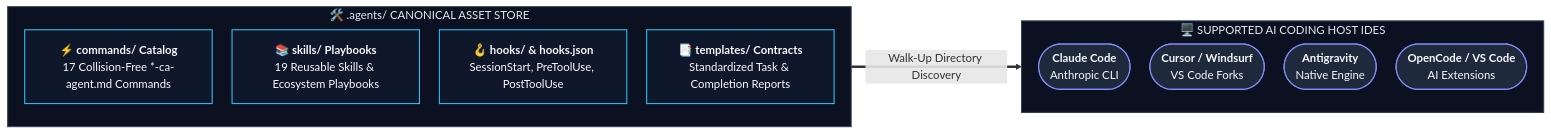
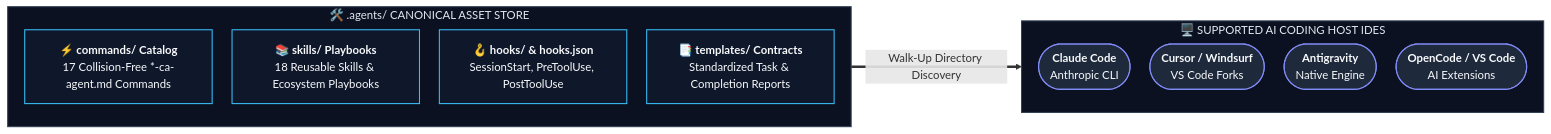
The first of 2 diagrams in SDD-Vibe-Framework/.agents/README.md (ChandanAY-24/Agentic-Development-ChandanAY), drawn with Mermaid before and after one commit. The commit also changed other lines of this file and 13 other files, not shown here.

````diff
--- a/SDD-Vibe-Framework/.agents/README.md
+++ b/SDD-Vibe-Framework/.agents/README.md
@@ -28,35 +28,35 @@
 ```mermaid
 %%{init: {'flowchart': {'curve': 'basis', 'padding': 16, 'nodeSpacing': 28, 'rankSpacing': 40}}}%%
 flowchart LR
     classDef asset fill:#0f172a,stroke:#38bdf8,stroke-width:1.5px,color:#f8fafc;
     classDef ide fill:#1e293b,stroke:#818cf8,stroke-width:1.5px,color:#f8fafc;
 
     subgraph AgentsRoot ["🛠️ .agents/ CANONICAL ASSET STORE"]
         direction TB
         Commands["`**⚡ commands/ Catalog**
 17 Collision-Free *-ca-agent.md Commands`"]:::asset
         Skills["`**📚 skills/ Playbooks**
-19 Reusable Skills & Ecosystem Playbooks`"]:::asset
+18 Reusable Skills & Ecosystem Playbooks`"]:::asset
         Hooks["`**🪝 hooks/ & hooks.json**
 SessionStart, PreToolUse, PostToolUse`"]:::asset
         Templates["`**📑 templates/ Contracts**
 Standardized Task & Completion Reports`"]:::asset
     end
 
     subgraph HostIDEs ["🖥️ SUPPORTED AI CODING HOST IDES"]
         direction TB
         IDE1(["`**Claude Code**
 Anthropic CLI`"]):::ide
         IDE2(["`**Cursor / Windsurf**
 VS Code Forks`"]):::ide
         IDE3(["`**Antigravity**
 Native Engine`"]):::ide
         IDE4(["`**OpenCode / VS Code**
 AI Extensions`"]):::ide
     end
 
     AgentsRoot ==>|"Walk-Up Directory Discovery"| HostIDEs
 
     style AgentsRoot fill:#0b1120,stroke:#334155,stroke-width:1.5px,color:#e2e8f0
     style HostIDEs fill:#0b1120,stroke:#334155,stroke-width:1.5px,color:#e2e8f0
 ```
````
